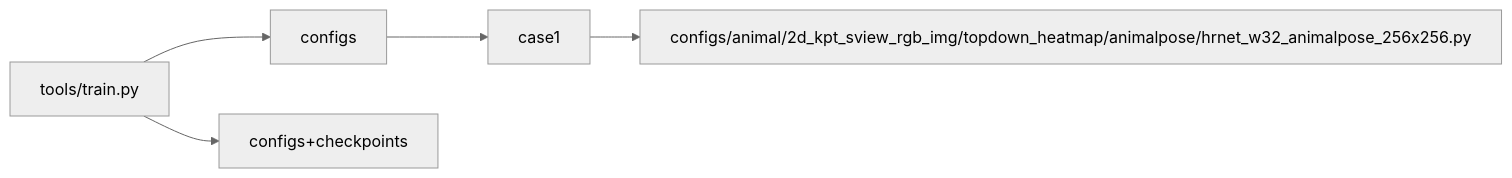
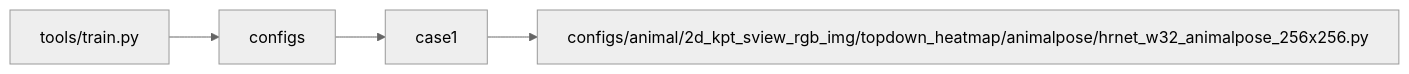
The first of 3 diagrams in e2e/mmpose/README.md (HiiiXinyiii/openmmlab-ci), drawn with Mermaid (neutral theme) before and after one commit. The commit also changed other lines of this file and 7 other files, not shown here.

````diff
--- a/e2e/mmpose/README.md
+++ b/e2e/mmpose/README.md
@@ -16,9 +21,6 @@
 ```mermaid
 graph LR;
     tools/train.py-->configs
     configs-->case1
     case1-->configs/animal/2d_kpt_sview_rgb_img/topdown_heatmap/animalpose/hrnet_w32_animalpose_256x256.py
-
-    tools/train.py-->configs+checkpoints
-
 ```
````
